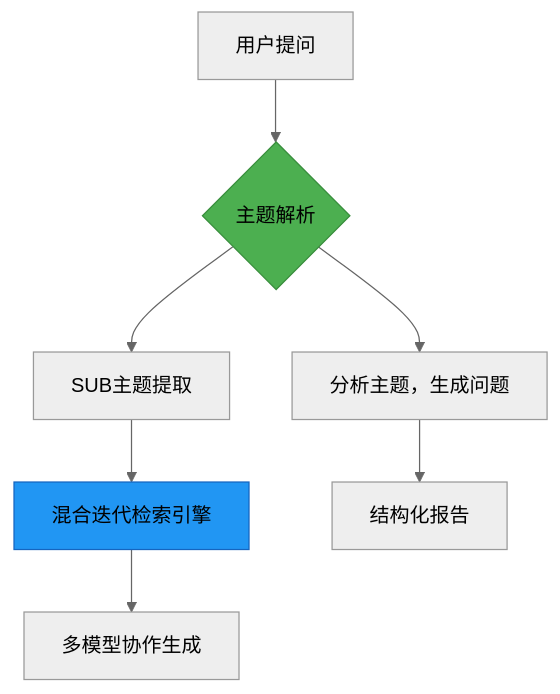
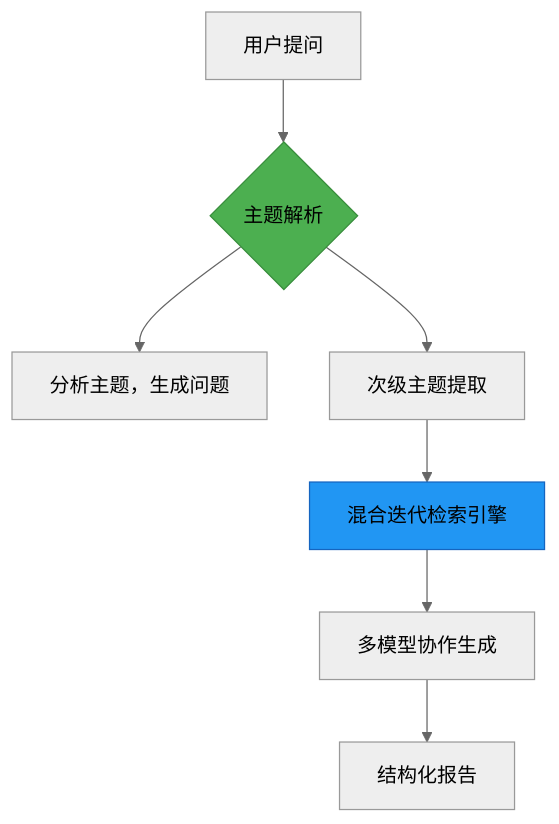
Before and after one commit to zard1152/Decision-helper: the diagram in README.md, drawn with Mermaid (neutral theme).

````diff
--- a/README.md
+++ b/README.md
@@ -19,12 +19,12 @@
 ```mermaid
 graph TD
     A[用户提问] --> B{主题解析}
     B --> F[分析主题，生成问题]
-    B --> C[SUB主题提取]
+    B --> C[次级主题提取]
     C --> D[混合迭代检索引擎]
     D --> E[多模型协作生成]
-    F --> G[结构化报告]
+    E --> G[结构化报告]
     
     style B fill:#4CAF50,stroke:#388E3C
     style D fill:#2196F3,stroke:#1565C0
 ```
````
